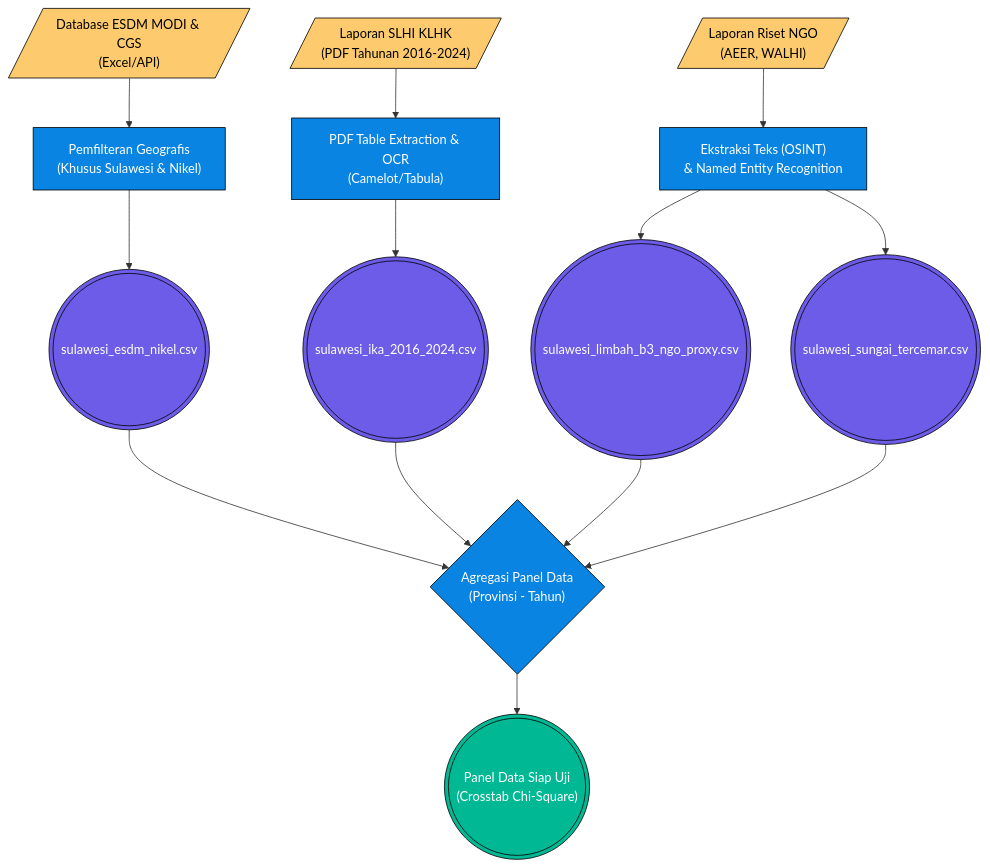
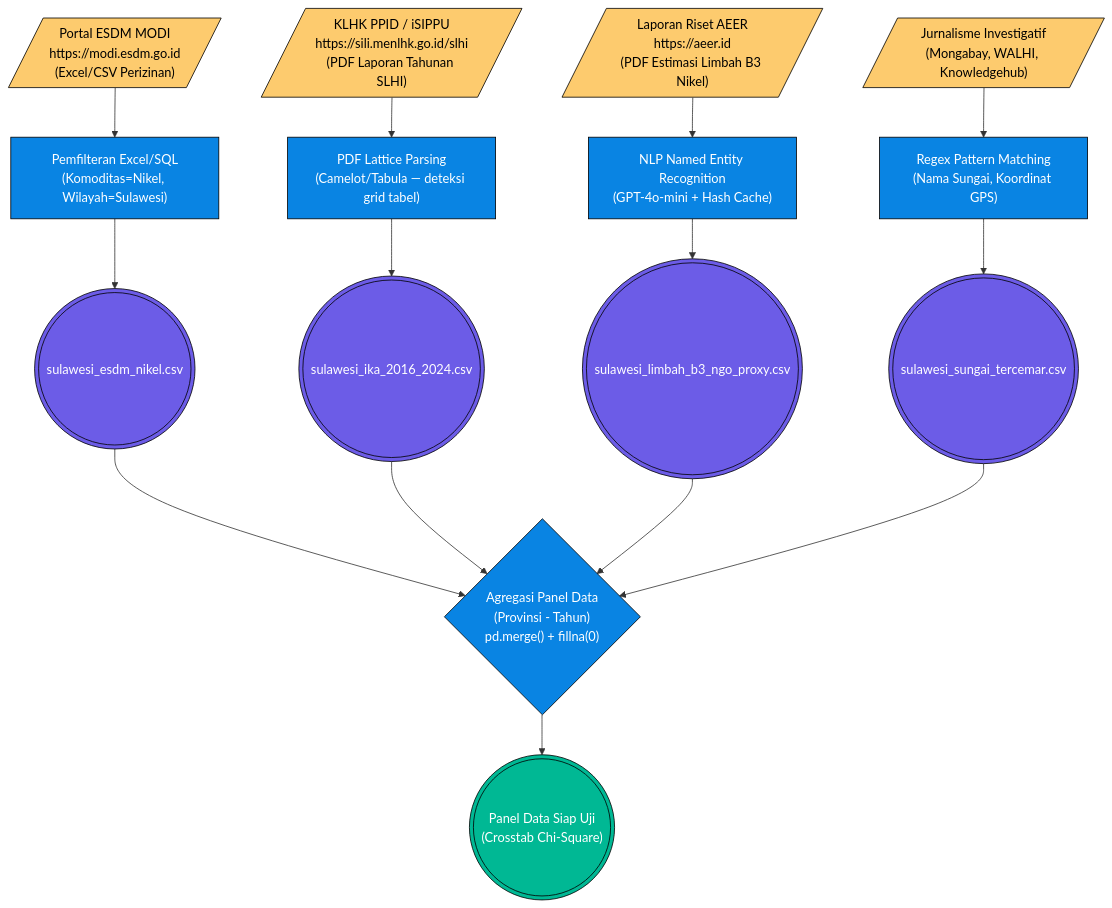
Before and after one commit to HenryAi-SIBERMU/ECC: the diagram in tools/report_metodologi/bab_2/2.1_Metodologi_Endtoend_Limbah_Tailing_IKA.md, drawn with Mermaid. The commit also changed other lines of this file and 9 other files, not shown here.

Commit message:
Auto-commit: Upgrade Pilar 2 Bab 2.1, 2.2, 2.3 dengan URL API lengkap, JSON response, tabel Postman, dan validasi timeframe

````diff
--- a/tools/report_metodologi/bab_2/2.1_Metodologi_Endtoend_Limbah_Tailing_IKA.md
+++ b/tools/report_metodologi/bab_2/2.1_Metodologi_Endtoend_Limbah_Tailing_IKA.md
@@ -20,36 +25,38 @@
 ```mermaid
 graph TD
     %% SUMBER DATA
-    API_ESDM[/"Database ESDM MODI & CGS<br/>(Excel/API)"/]
-    PDF_KLHK[/"Laporan SLHI KLHK<br/>(PDF Tahunan 2016-2024)"/]
-    PDF_NGO[/"Laporan Riset NGO<br/>(AEER, WALHI)"/]
-    
+    SRC_MODI[/"Portal ESDM MODI\nhttps://modi.esdm.go.id\n(Excel/CSV Perizinan)"/]
+    SRC_KLHK[/"KLHK PPID / iSIPPU\nhttps://sili.menlhk.go.id/slhi\n(PDF Laporan Tahunan SLHI)"/]
+    SRC_AEER[/"Laporan Riset AEER\nhttps://aeer.id\n(PDF Estimasi Limbah B3 Nikel)"/]
+    SRC_NGO2[/"Jurnalisme Investigatif\n(Mongabay, WALHI, Knowledgehub)"/]
+
     %% EKSTRAKSI
-    API_ESDM --> Ext1["Pemfilteran Geografis<br/>(Khusus Sulawesi & Nikel)"]
-    PDF_KLHK --> Ext2["PDF Table Extraction & OCR<br/>(Camelot/Tabula)"]
-    PDF_NGO --> Ext3["Ekstraksi Teks (OSINT)<br/>& Named Entity Recognition"]
-    
+    SRC_MODI --> Ext1["Pemfilteran Excel/SQL\n(Komoditas=Nikel, Wilayah=Sulawesi)"]
+    SRC_KLHK --> Ext2["PDF Lattice Parsing\n(Camelot/Tabula — deteksi grid tabel)"]
+    SRC_AEER --> Ext3["NLP Named Entity Recognition\n(GPT-4o-mini + Hash Cache)"]
+    SRC_NGO2 --> Ext4["Regex Pattern Matching\n(Nama Sungai, Koordinat GPS)"]
+
     %% INGESTION
     Ext1 --> CSV1((("sulawesi_esdm_nikel.csv")))
     Ext2 --> CSV2((("sulawesi_ika_2016_2024.csv")))
     Ext3 --> CSV3((("sulawesi_limbah_b3_ngo_proxy.csv")))
-    Ext3 --> CSV4((("sulawesi_sungai_tercemar.csv")))
-    
+    Ext4 --> CSV4((("sulawesi_sungai_tercemar.csv")))
+
     %% MERGING PANEL
-    CSV1 --> Merge{"Agregasi Panel Data<br/>(Provinsi - Tahun)"}
+    CSV1 --> Merge{"Agregasi Panel Data\n(Provinsi - Tahun)\npd.merge() + fillna(0)"}
     CSV2 --> Merge
     CSV3 --> Merge
     CSV4 --> Merge
-    
-    Merge --> Final((("Panel Data Siap Uji<br/>(Crosstab Chi-Square)")))
+
+    Merge --> Final((("Panel Data Siap Uji\n(Crosstab Chi-Square)")))
 
     classDef aksi fill:#0984e3,color:#fff,stroke:#000
     classDef sumber fill:#fdcb6e,color:#000,stroke:#000
     classDef final fill:#00b894,color:#fff,stroke:#000
     classDef db fill:#6c5ce7,color:#fff,stroke:#000
-    
-    class Ext1,Ext2,Ext3,Merge aksi
-    class API_ESDM,PDF_KLHK,PDF_NGO sumber
+
+    class Ext1,Ext2,Ext3,Ext4,Merge aksi
+    class SRC_MODI,SRC_KLHK,SRC_AEER,SRC_NGO2 sumber
     class Final final
     class CSV1,CSV2,CSV3,CSV4 db
 ```
````
